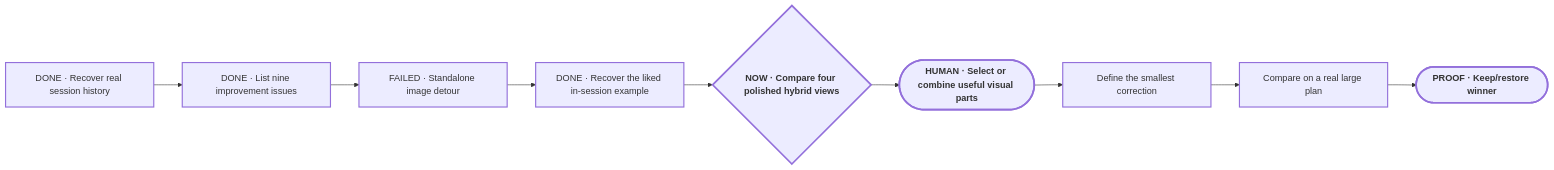
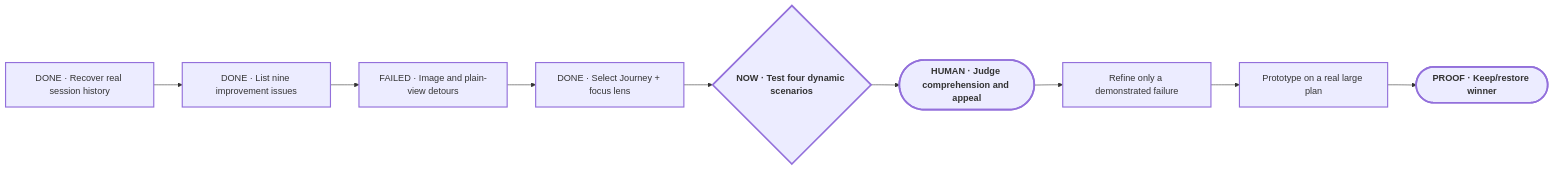
Before and after one commit to Pu11en/portable-planner: the diagram in planning/PLAN-VIEW.md, drawn with Mermaid. The commit also changed other lines of this file and 5 other files, not shown here.

Commit message:
select focus-lens plan view for scenario trials

````diff
--- a/planning/PLAN-VIEW.md
+++ b/planning/PLAN-VIEW.md
@@ -13,20 +13,20 @@
 ```mermaid
 flowchart LR
     E["DONE · Recover real session history"]
     I["DONE · List nine improvement issues"]
-    F["FAILED · Standalone image detour"]
-    C["DONE · Recover the liked in-session example"]
-    M{"NOW · Compare four polished hybrid views"}
-    H(["HUMAN · Select or combine useful visual parts"])
-    B["Define the smallest correction"]
-    X["Compare on a real large plan"]
+    F["FAILED · Image and plain-view detours"]
+    C["DONE · Select Journey + focus lens"]
+    M{"NOW · Test four dynamic scenarios"}
+    H(["HUMAN · Judge comprehension and appeal"])
+    B["Refine only a demonstrated failure"]
+    X["Prototype on a real large plan"]
     R(["PROOF · Keep/restore winner"])
     E --> I --> F --> C --> M --> H --> B --> X --> R
 
     classDef current stroke-width:3px,font-weight:700;
     classDef milestone stroke-width:2px;
     classDef proof stroke-width:3px,font-weight:700;
     class M current;
     class E,I,F,C,B,X milestone;
     class H,R proof;
 ```
````
